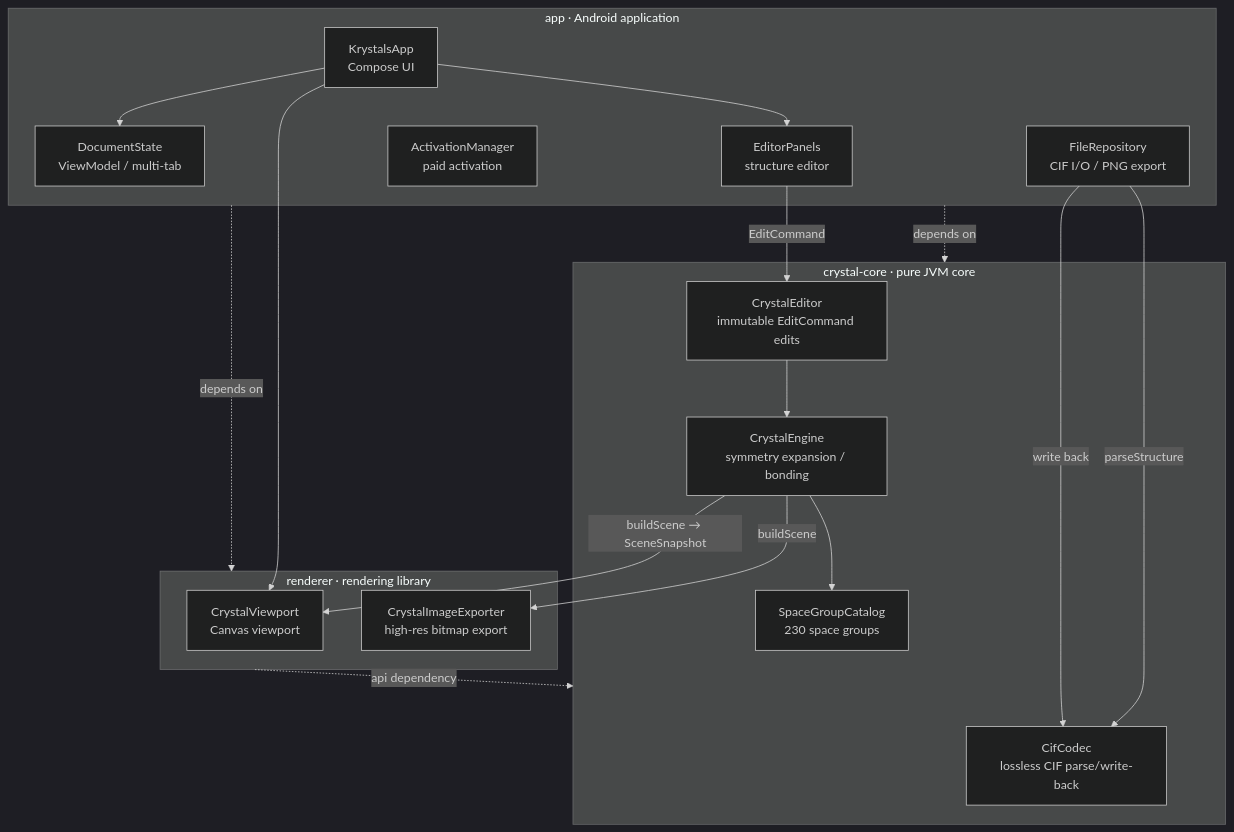
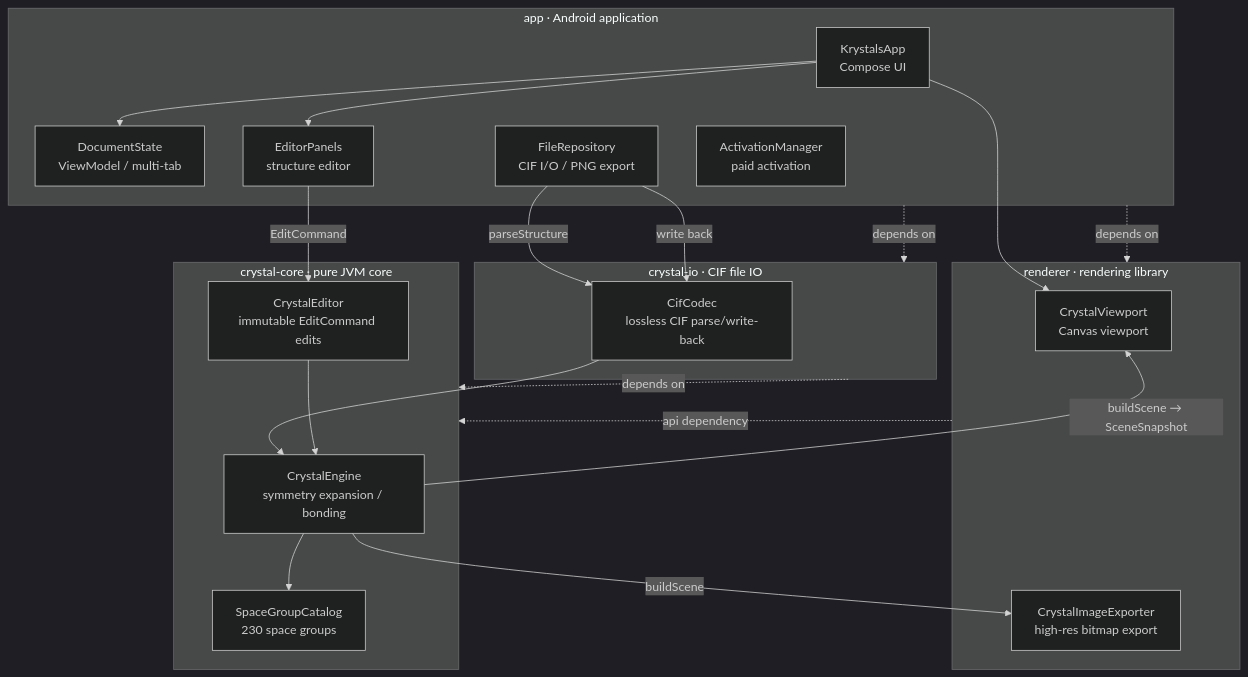
The diagram in README.md (SUPERkelesss/Krystals), drawn with Mermaid (dark theme) before and after one commit. The commit also changed 10 other files, not shown here.

Commit message:
refactor: extract CIF IO into crystal-io

````diff
--- a/README.md
+++ b/README.md
@@ -55,35 +55,39 @@
 ```mermaid
 flowchart TB
     subgraph app["app · Android application"]
         UI["KrystalsApp<br/>Compose UI"]
         VM["DocumentState<br/>ViewModel / multi-tab"]
         Edit["EditorPanels<br/>structure editor"]
         Repo["FileRepository<br/>CIF I/O / PNG export"]
         Act["ActivationManager<br/>paid activation"]
     end
     subgraph renderer["renderer · rendering library"]
         VP["CrystalViewport<br/>Canvas viewport"]
         Exp["CrystalImageExporter<br/>high-res bitmap export"]
     end
+    subgraph io["crystal-io · CIF file IO"]
+        Codec["CifCodec<br/>lossless CIF parse/write-back"]
+    end
     subgraph core["crystal-core · pure JVM core"]
-        Codec["CifCodec<br/>lossless CIF parse/write-back"]
         Engine["CrystalEngine<br/>symmetry expansion / bonding"]
         Editor["CrystalEditor<br/>immutable EditCommand edits"]
         SG["SpaceGroupCatalog<br/>230 space groups"]
     end
 
     UI --> VP
     UI --> Edit
     UI --> VM
     Repo -->|"parseStructure"| Codec
+    Codec --> Engine
     Edit -->|"EditCommand"| Editor
     Editor --> Engine
     Engine -->|"buildScene → SceneSnapshot"| VP
     Engine -->|"buildScene"| Exp
     Repo -->|"write back"| Codec
     Engine --> SG
 
     app -.->|depends on| renderer
     renderer -.->|api dependency| core
-    app -.->|depends on| core
+    io -.->|depends on| core
+    app -.->|depends on| io
 ```
````
